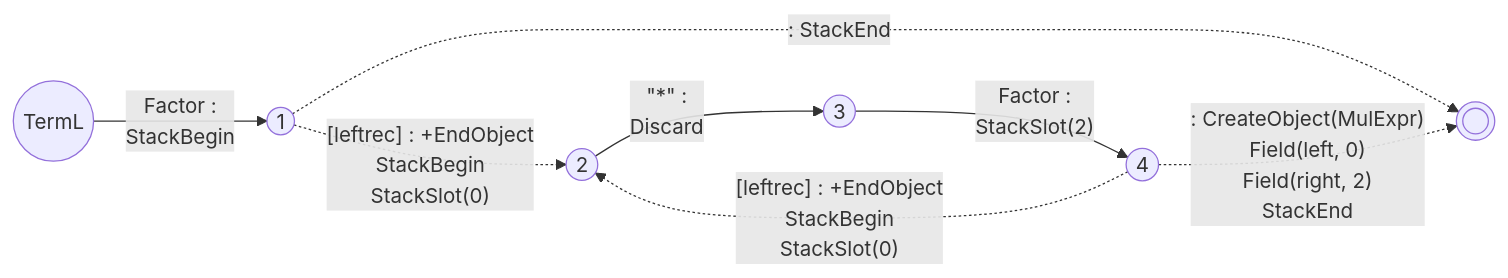
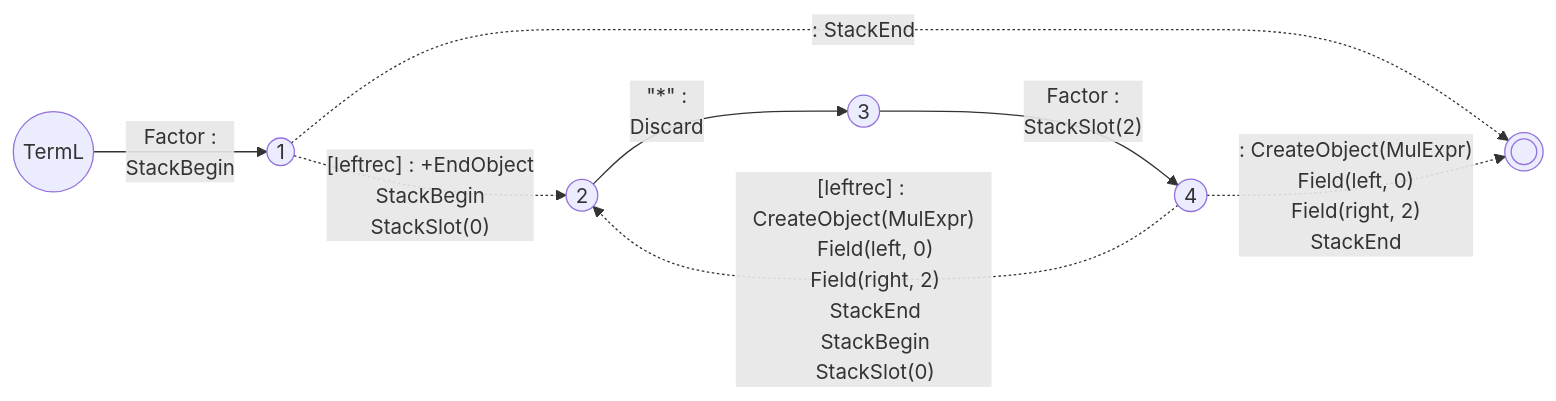
Before and after one commit to vczh-websites/vczh: diagram 21 of 21 in Blog/GLR-Refactoring/Mermaid.md, drawn with Mermaid. The commit also changed 1 other file, not shown here.

````diff
--- a/Blog/GLR-Refactoring/Mermaid.md
+++ b/Blog/GLR-Refactoring/Mermaid.md
@@ -571,20 +571,23 @@
 ```mermaid
 graph LR
   S((TermL))-- Factor :
     StackBegin --> 1
   1((1))-. : StackEnd .->E((( )))
   2((2))-- #quot;*#quot; :
     Discard --> 3
   3((3))-- Factor :
     StackSlot(2) --> 4
   4((4))-. : CreateObject(MulExpr)
     Field(left, 0)
     Field(right, 2)
     StackEnd .->E
   1-. [leftrec] : +EndObject
     StackBegin
     StackSlot(0) .->2
-  4-. [leftrec] : +EndObject
+  4-. [leftrec] : CreateObject(MulExpr)
+    Field(left, 0)
+    Field(right, 2)
+    StackEnd
     StackBegin
     StackSlot(0) .->2
 ```
````
